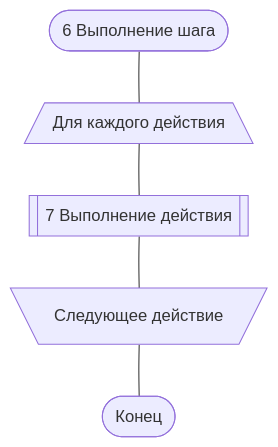
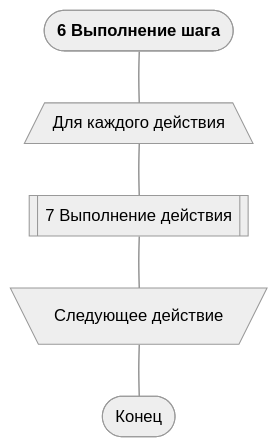
Before and after one commit to savushkin-r-d/ptusa_main: the fourth of 5 diagrams in russian_readme/readme.md, drawn with Mermaid. The commit also changed other lines of this file and 1 other file, not shown here.

````diff
--- a/russian_readme/readme.md
+++ b/russian_readme/readme.md
@@ -66,10 +66,10 @@
 ``` mermaid
+%%{ init: {'theme': 'neutral'} }%%
 
 flowchart TD
-
-    A([6 Выполнение шага]) --- B[/Для каждого действия\]
+    A([<b>6 Выполнение шага</b>]) --- B[/Для каждого действия\]
     B --- C[[7 Выполнение действия]]
     C --- D[\Следующее действие/]
     D --- E([Конец])
 
 ```
````
